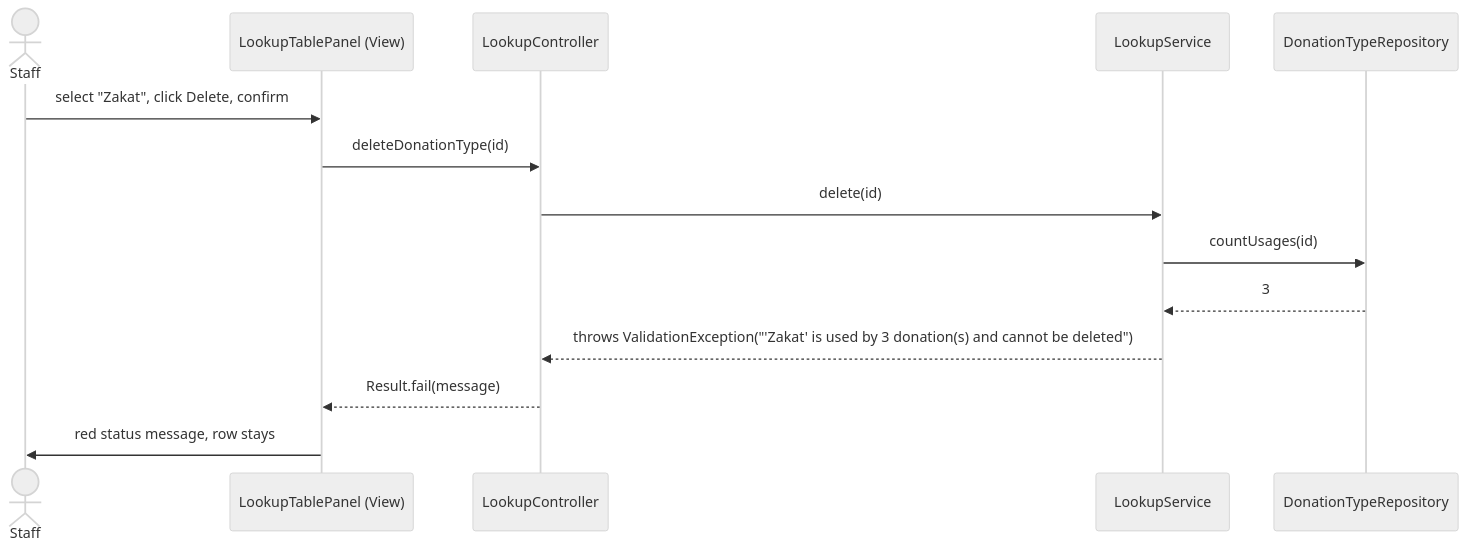
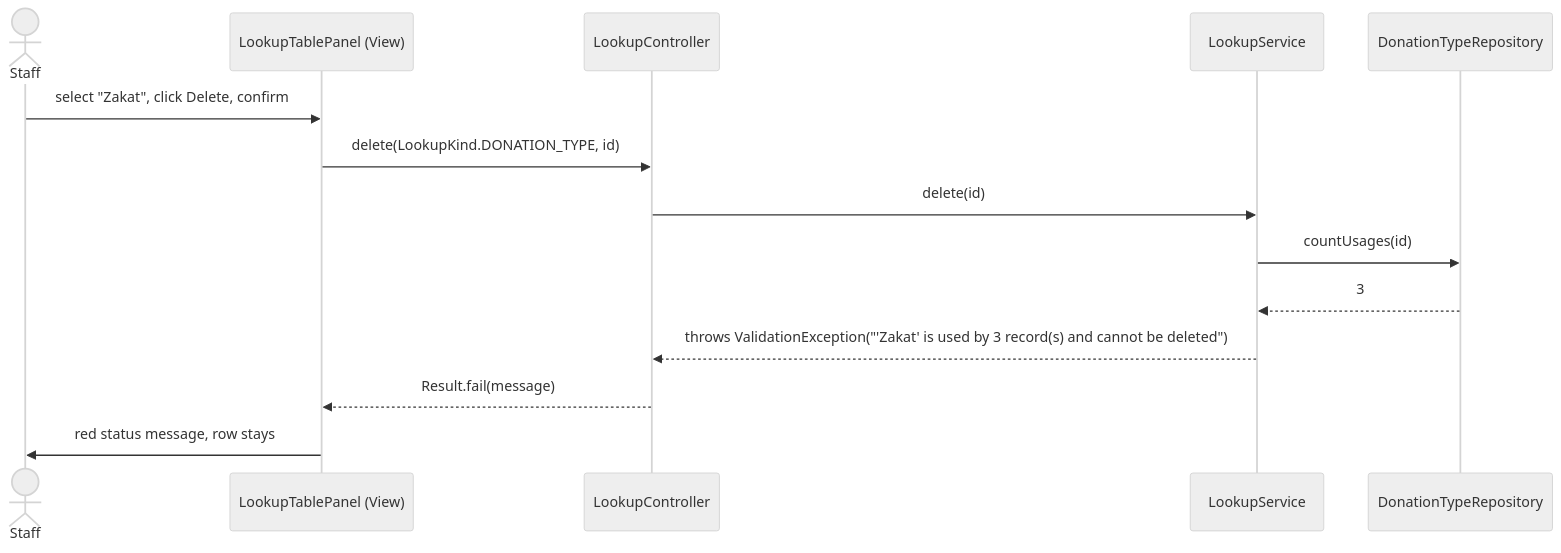
Before and after one commit to Abdallah1707/Ripple: the fourth of 6 diagrams in docs/architecture.md, drawn with Mermaid (neutral theme). The commit also changed other lines of this file and 7 other files, not shown here.

Commit message:
fixed class diagram screen arrows, updated architecture docs, communication panel gets message limits from controller

````diff
--- a/docs/architecture.md
+++ b/docs/architecture.md
@@ -195,17 +197,17 @@
 ```mermaid
 sequenceDiagram
     actor Staff
     participant V as LookupTablePanel (View)
     participant C as LookupController
     participant S as LookupService
     participant R as DonationTypeRepository
 
     Staff->>V: select "Zakat", click Delete, confirm
-    V->>C: deleteDonationType(id)
+    V->>C: delete(LookupKind.DONATION_TYPE, id)
     C->>S: delete(id)
     S->>R: countUsages(id)
     R-->>S: 3
-    S-->>C: throws ValidationException("'Zakat' is used by 3 donation(s) and cannot be deleted")
+    S-->>C: throws ValidationException("'Zakat' is used by 3 record(s) and cannot be deleted")
     C-->>V: Result.fail(message)
     V->>Staff: red status message, row stays
 ```
````
